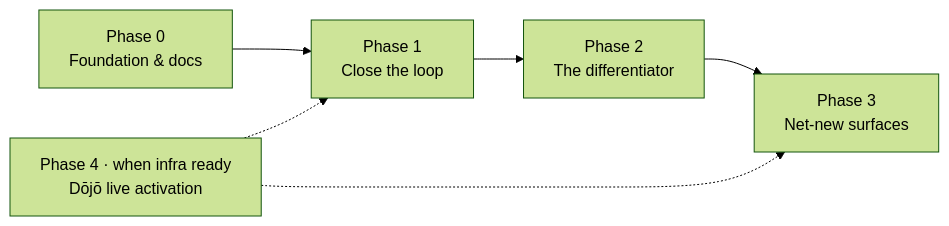
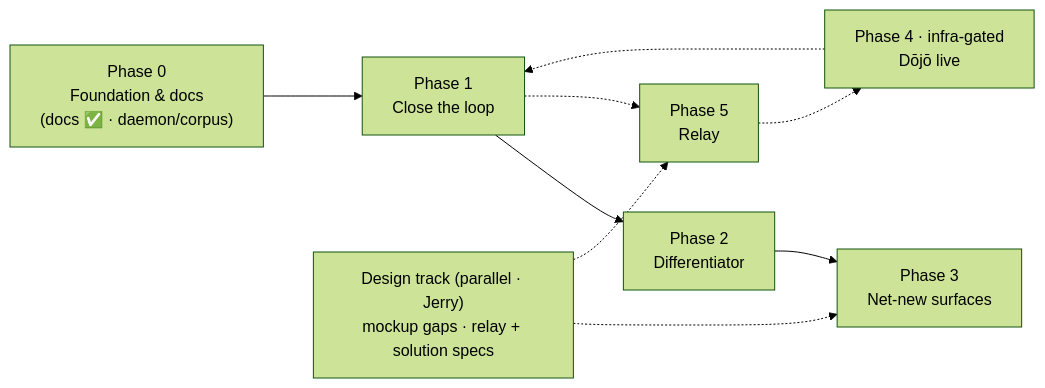
One commit to sensei-hq/sensei changed the second of 2 diagrams in docs/plan/README.md. Above: the diagram before and after it, drawn with Mermaid (forest theme). The commit also changed other lines of this file and 1 other file, not shown here.

First line of the commit message:
docs(backlog+plan): clean backlog to true open set + revisit plan phase-wise (add Relay)

````diff
--- a/docs/plan/README.md
+++ b/docs/plan/README.md
@@ -111,8 +114,11 @@
 ```mermaid
 flowchart LR
-    P0["Phase 0<br/>Foundation &amp; docs"] --> P1["Phase 1<br/>Close the loop"]
-    P1 --> P2["Phase 2<br/>The differentiator"]
+    P0["Phase 0<br/>Foundation &amp; docs<br/>(docs ✅ · daemon/corpus)"] --> P1["Phase 1<br/>Close the loop"]
+    P1 --> P2["Phase 2<br/>Differentiator"]
     P2 --> P3["Phase 3<br/>Net-new surfaces"]
-    P4["Phase 4 · when infra ready<br/>Dōjō live activation"] -.-> P1
-    P4 -.-> P3
+    P4["Phase 4 · infra-gated<br/>Dōjō live"] -.-> P1
+    P5["Phase 5<br/>Relay"] -.-> P4
+    P1 -.-> P5
+    DES["Design track (parallel · Jerry)<br/>mockup gaps · relay + solution specs"] -.-> P3
+    DES -.-> P5
 ```
````
